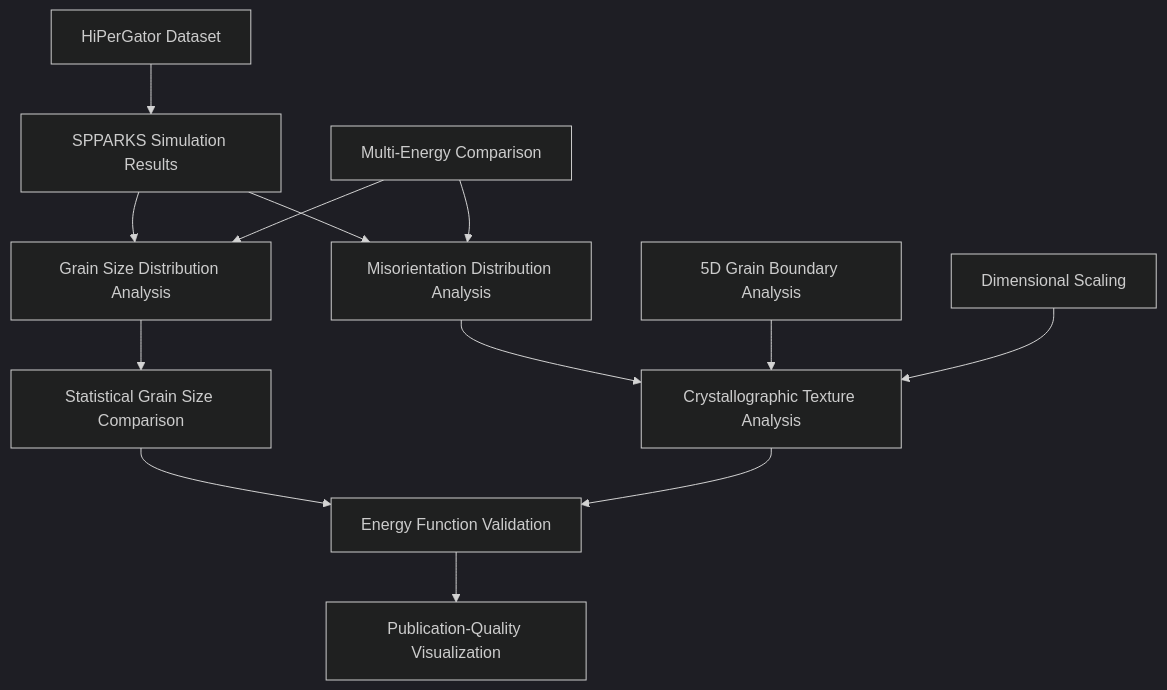
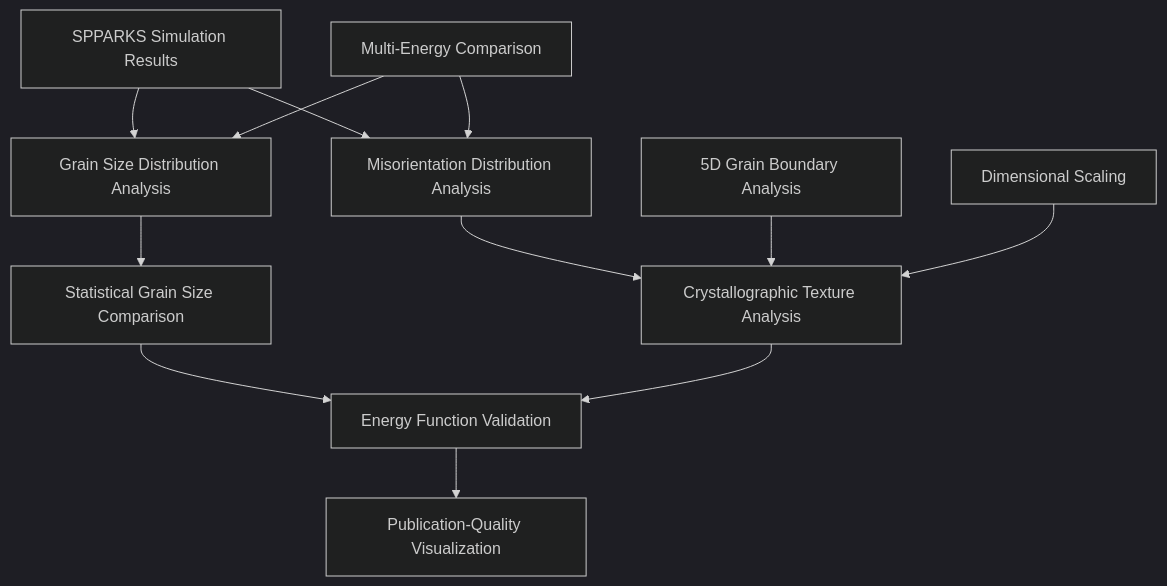
One commit to Linwitness/VECTOR changed the diagram in examples/verify_energy_function/README.md. Above: the diagram before and after it, drawn with Mermaid (dark theme). The commit also changed other lines of this file and 8 other files, not shown here.

````diff
--- a/examples/verify_energy_function/README.md
+++ b/examples/verify_energy_function/README.md
@@ -24,16 +24,15 @@
 ```mermaid
 graph TD
     A[SPPARKS Simulation Results] --> B[Grain Size Distribution Analysis]
     A --> C[Misorientation Distribution Analysis]
     B --> D[Statistical Grain Size Comparison]
     C --> E[Crystallographic Texture Analysis]
     D --> F[Energy Function Validation]
     E --> F
     F --> G[Publication-Quality Visualization]
     
-    H[HiPerGator Dataset] --> A
     I[Multi-Energy Comparison] --> B
     I --> C
     J[5D Grain Boundary Analysis] --> E
     K[Dimensional Scaling] --> E
 ```
````
